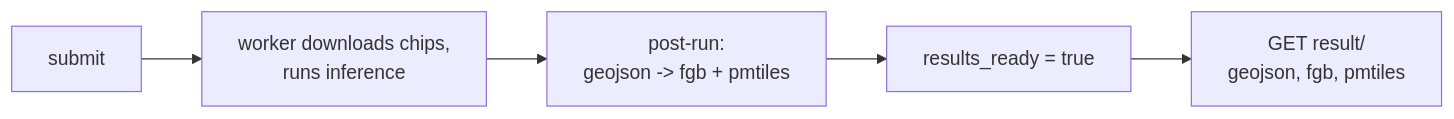
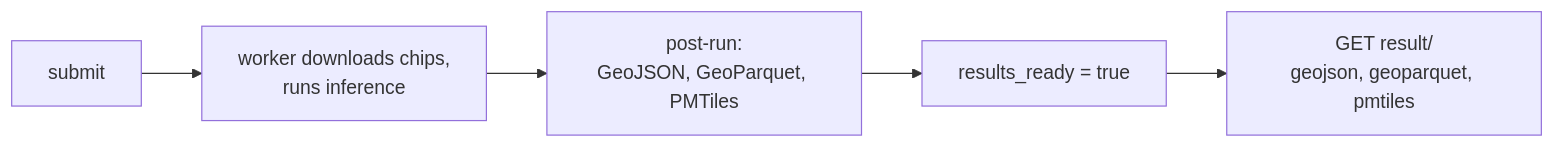
The fourth of 4 diagrams in docs/architecture/ml-pipeline.md (hotosm/fAIr), drawn with Mermaid before and after one commit. The commit also changed other lines of this file and 104 other files, not shown here.

````diff
--- a/docs/architecture/ml-pipeline.md
+++ b/docs/architecture/ml-pipeline.md
@@ -79,7 +79,7 @@
 ```mermaid
 flowchart LR
     A[submit] --> B[worker downloads chips,<br/>runs inference]
-    B --> C[post-run:<br/>geojson -> fgb + pmtiles]
+    B --> C[post-run:<br/>GeoJSON, GeoParquet, PMTiles]
     C --> D[results_ready = true]
-    D --> E[GET result/<br/>geojson, fgb, pmtiles]
+    D --> E[GET result/<br/>geojson, geoparquet, pmtiles]
 ```
````
